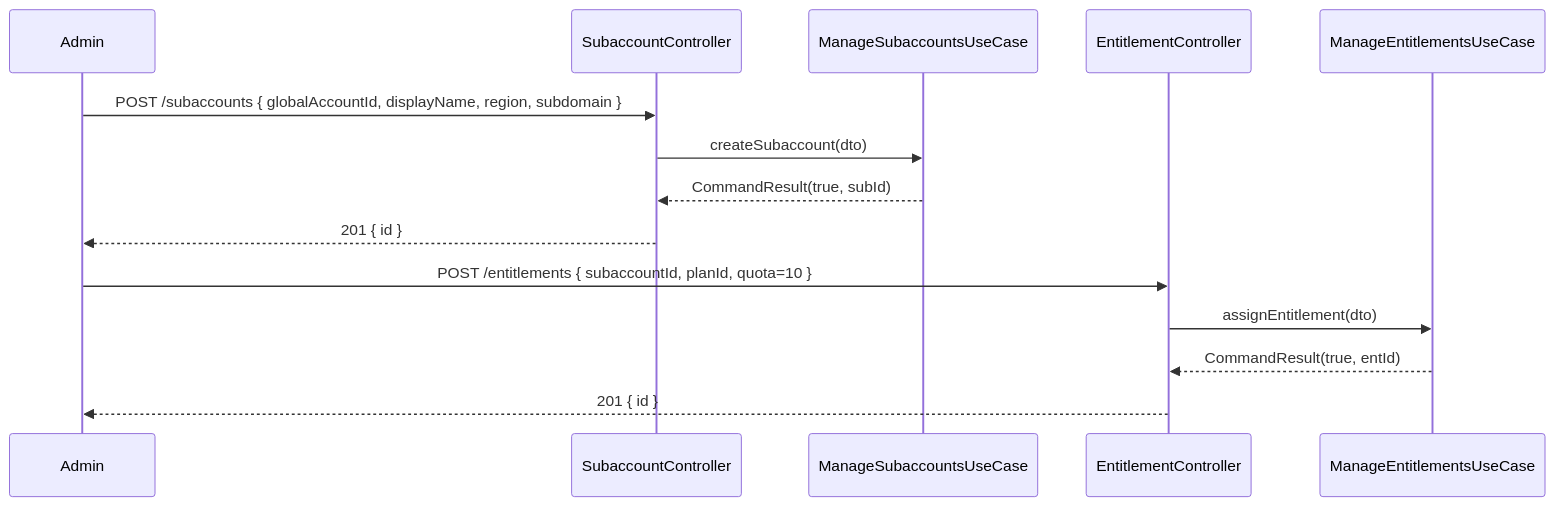
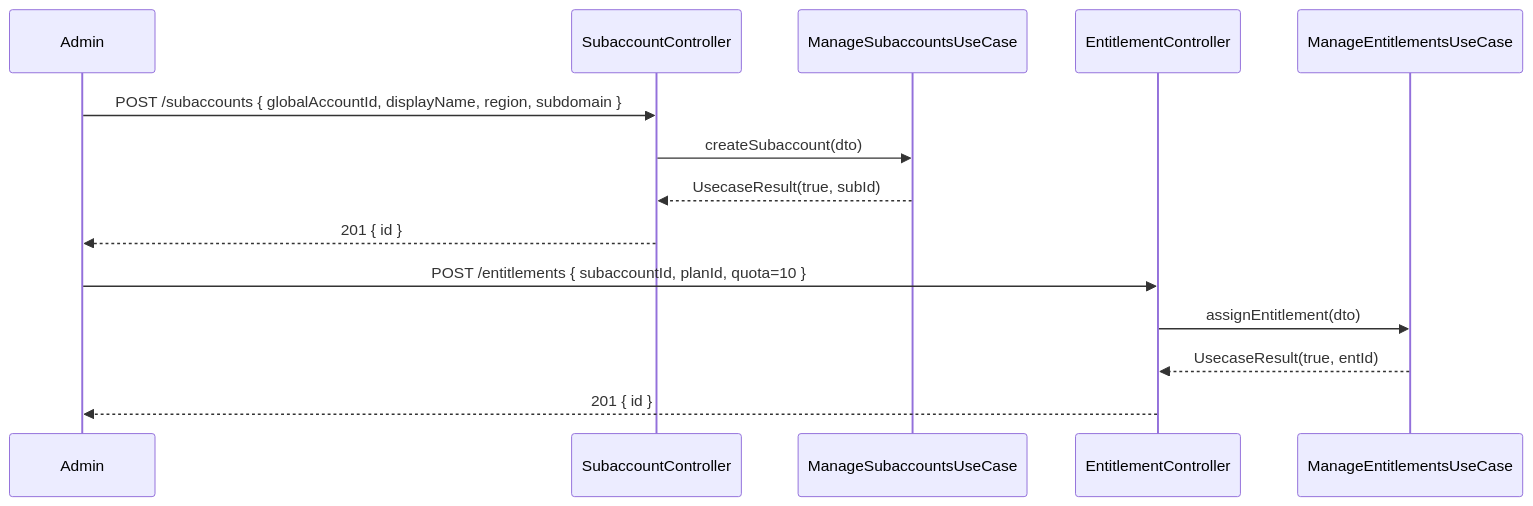
One commit to UIMSolutions/uim-platform changed the third of 3 diagrams in management/UML.md. Above: the diagram before and after it, drawn with Mermaid. The commit also changed 907 other files, not shown here.

Commit message:
Rename CommandResult

````diff
--- a/management/UML.md
+++ b/management/UML.md
@@ -152,18 +152,18 @@
 ```mermaid
 sequenceDiagram
     participant Admin
     participant SC as SubaccountController
     participant SUC as ManageSubaccountsUseCase
     participant EC as EntitlementController
     participant EUC as ManageEntitlementsUseCase
 
     Admin->>SC: POST /subaccounts { globalAccountId, displayName, region, subdomain }
     SC->>SUC: createSubaccount(dto)
-    SUC-->>SC: CommandResult(true, subId)
+    SUC-->>SC: UsecaseResult(true, subId)
     SC-->>Admin: 201 { id }
 
     Admin->>EC: POST /entitlements { subaccountId, planId, quota=10 }
     EC->>EUC: assignEntitlement(dto)
-    EUC-->>EC: CommandResult(true, entId)
+    EUC-->>EC: UsecaseResult(true, entId)
     EC-->>Admin: 201 { id }
 ```
````
